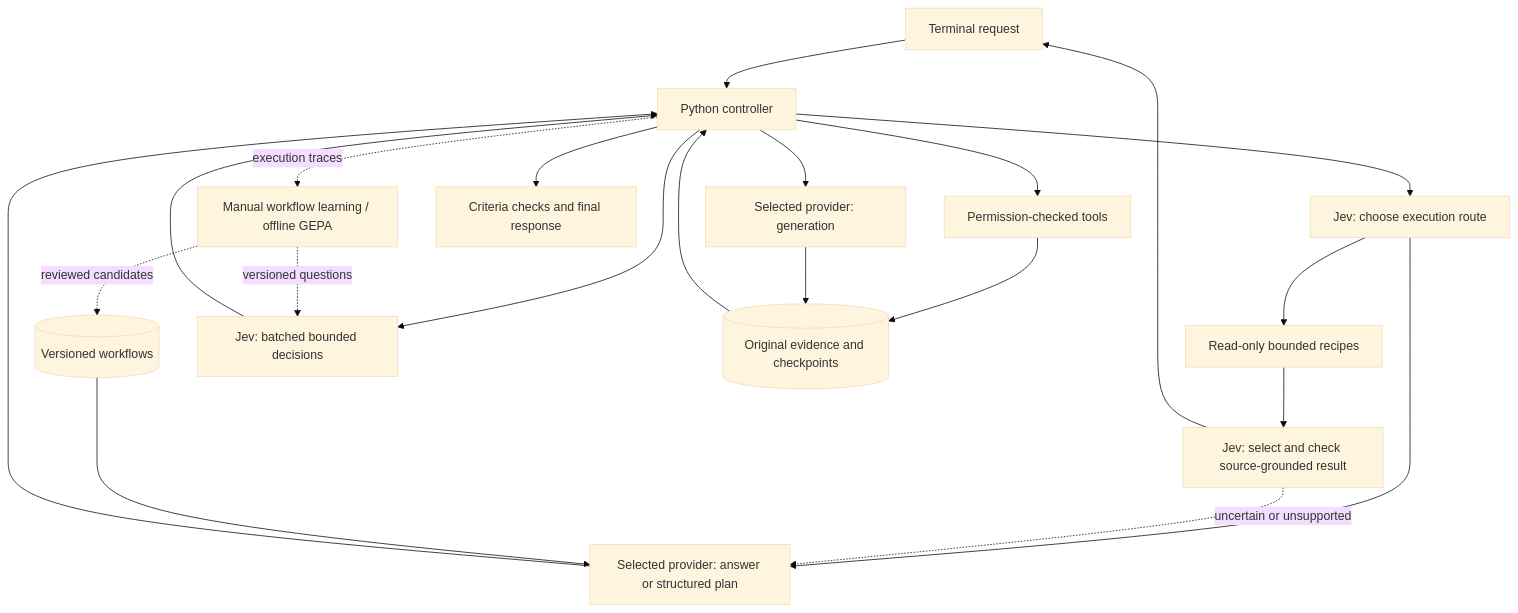
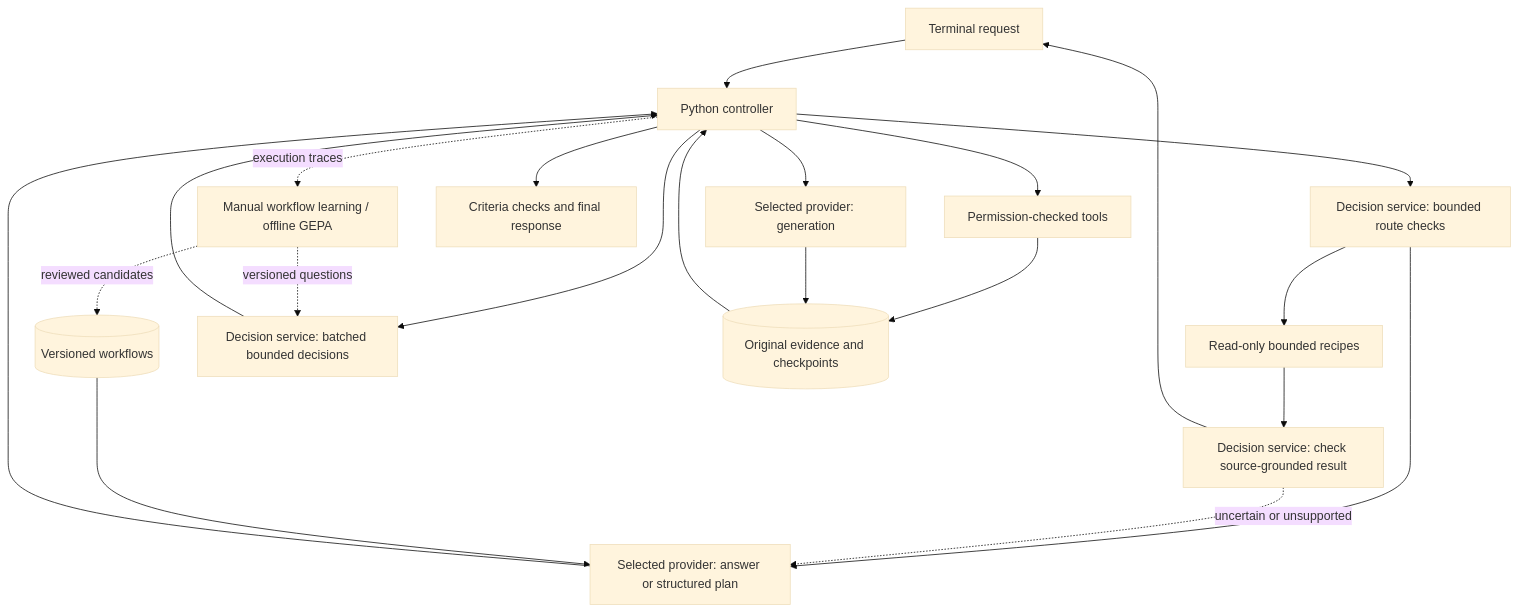
One commit to itsflownium/Kestrel-Agent changed the diagram in README.md. Above: the diagram before and after it, drawn with Mermaid (base theme). The commit also changed other lines of this file and 15 other files, not shown here.

Commit message:
Add standard single-provider and optional Jev decision modes

````diff
--- a/README.md
+++ b/README.md
@@ -73,23 +73,23 @@
 ```mermaid
 flowchart TD
     U[Terminal request] --> C[Python controller]
-    C --> R[Jev: choose execution route]
+    C --> R[Decision service: bounded route checks]
     R --> F[Read-only bounded recipes]
-    F --> V[Jev: select and check source-grounded result]
+    F --> V[Decision service: check source-grounded result]
     V --> U
     R --> P[Selected provider: answer or structured plan]
     V -. uncertain or unsupported .-> P
     W[(Versioned workflows)] --> P
     P --> C
-    C --> J[Jev: batched bounded decisions]
+    C --> J[Decision service: batched bounded decisions]
     J --> C
     C --> T[Permission-checked tools]
     T --> E[(Original evidence and checkpoints)]
     E --> C
     C --> G[Selected provider: generation]
     G --> E
     C --> A[Criteria checks and final response]
     C -. execution traces .-> L[Manual workflow learning / offline GEPA]
     L -. reviewed candidates .-> W
     L -. versioned questions .-> J
 ```
````
